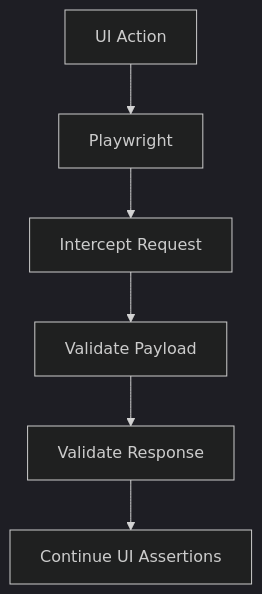
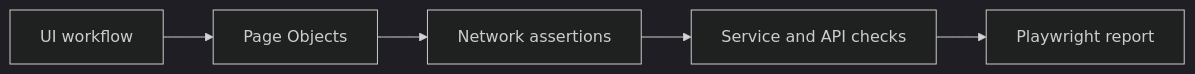
One commit to Alukoo/commerce-qa-platform changed the diagram in README.md. Above: the diagram before and after it, drawn with Mermaid (dark theme). The commit also changed other lines of this file, not shown here.

````diff
--- a/README.md
+++ b/README.md
@@ -78,8 +17,7 @@
 ```mermaid
-flowchart TD
-	UI["UI Action"] --> PW["Playwright"]
-	PW --> IC["Intercept Request"]
-	IC --> VP["Validate Payload"]
-	VP --> VR["Validate Response"]
-	VR --> UIA["Continue UI Assertions"]
+flowchart LR
+    UI["UI workflow"] --> PO["Page Objects"]
+    PO --> NET["Network assertions"]
+    NET --> API["Service and API checks"]
+    API --> REP["Playwright report"]
 ```
````
